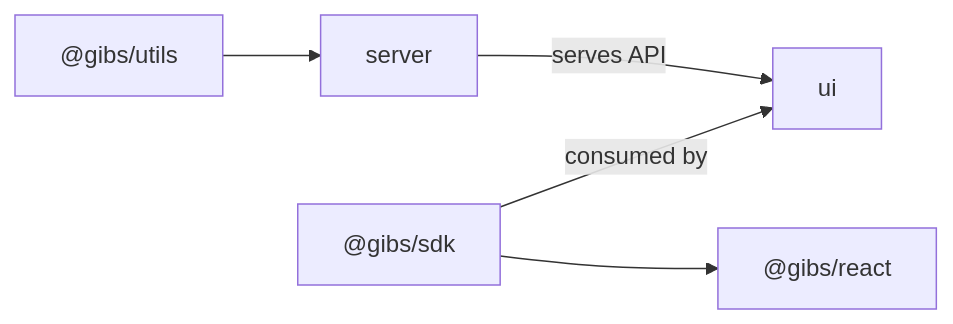
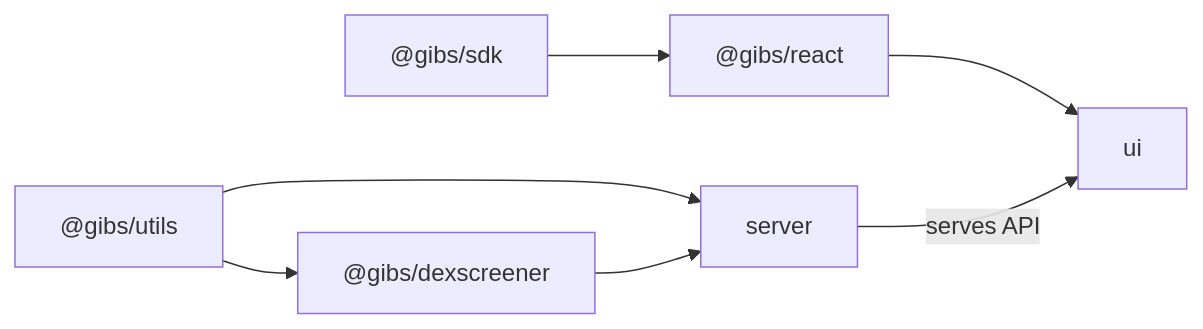
One commit to gibsfinance/assets changed the second of 2 diagrams in docs/CODEBASE_MAP.md. Above: the diagram before and after it, drawn with Mermaid. The commit also changed other lines of this file, not shown here.

````diff
--- a/docs/CODEBASE_MAP.md
+++ b/docs/CODEBASE_MAP.md
@@ -94,7 +69,9 @@
 ```mermaid
 graph LR
-    utils["@gibs/utils"] --> server
+    utils["@gibs/utils"] --> dex["@gibs/dexscreener"]
+    utils --> server
+    dex --> server
     sdk["@gibs/sdk"] --> react["@gibs/react"]
+    react --> ui
     server --> |serves API| ui
-    sdk --> |consumed by| ui
 ```
````
